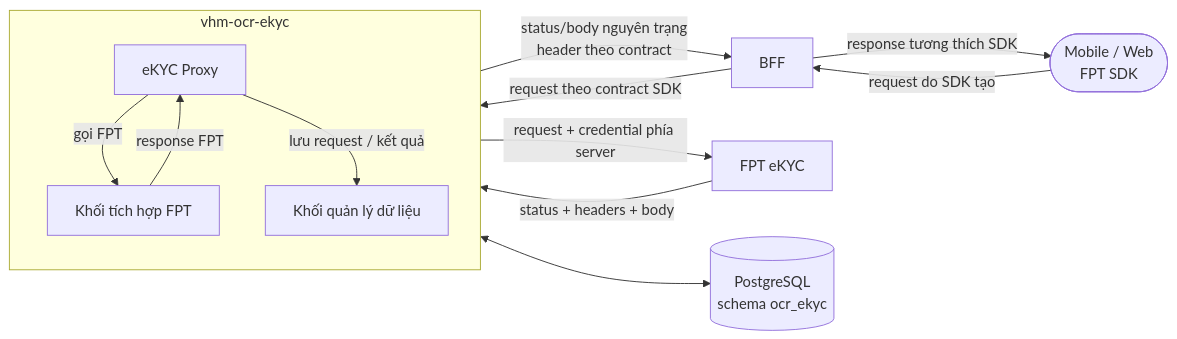
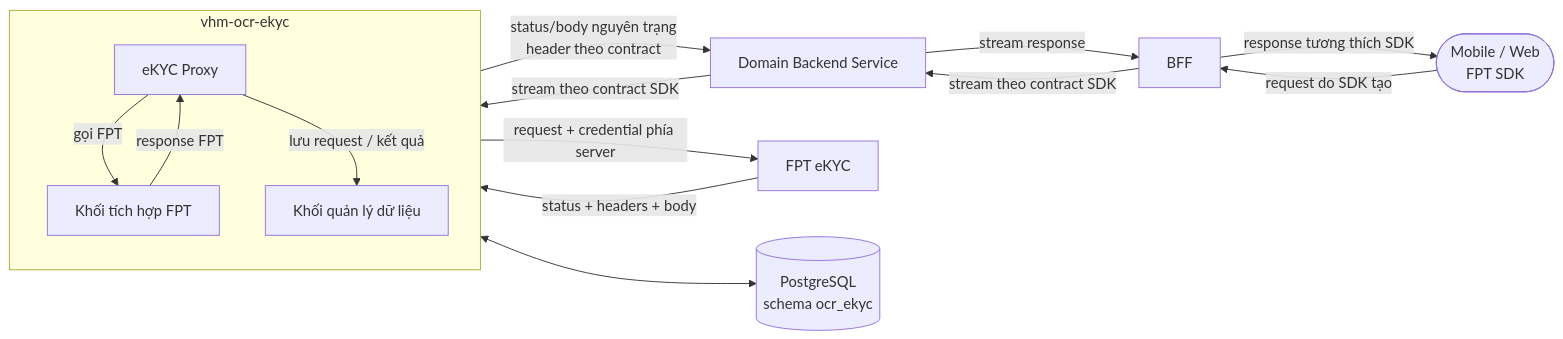
The third of 12 diagrams in tdd-ocr-ekyc.md (huynv-xyz/vhm), drawn with Mermaid before and after one commit. The commit also changed other lines of this file, not shown here.

````diff
--- a/tdd-ocr-ekyc.md
+++ b/tdd-ocr-ekyc.md
@@ -288,27 +276,30 @@
 ```mermaid
 flowchart LR
     CHANNEL([Mobile / Web<br/>FPT SDK])
     BFF[BFF]
+    DOMAIN[Domain Backend Service]
 
     subgraph APP[vhm-ocr-ekyc]
         direction TB
         PROXY[eKYC Proxy]
         INTEGRATION[Khối tích hợp FPT]
         DATA[Khối quản lý dữ liệu]
 
         PROXY -->|gọi FPT| INTEGRATION
         PROXY -->|lưu request / kết quả| DATA
     end
 
     FPT[FPT eKYC]
     DB[(PostgreSQL<br/>schema ocr_ekyc)]
 
     CHANNEL -->|request do SDK tạo| BFF
-    BFF -->|request theo contract SDK| PROXY
+    BFF -->|stream theo contract SDK| DOMAIN
+    DOMAIN -->|stream theo contract SDK| PROXY
     INTEGRATION -->|request + credential phía server| FPT
     FPT -->|status + headers + body| INTEGRATION
     INTEGRATION -->|response FPT| PROXY
-    PROXY -->|status/body nguyên trạng<br/>header theo contract| BFF
+    PROXY -->|status/body nguyên trạng<br/>header theo contract| DOMAIN
+    DOMAIN -->|stream response| BFF
     BFF -->|response tương thích SDK| CHANNEL
     DATA <--> DB
 ```
````
